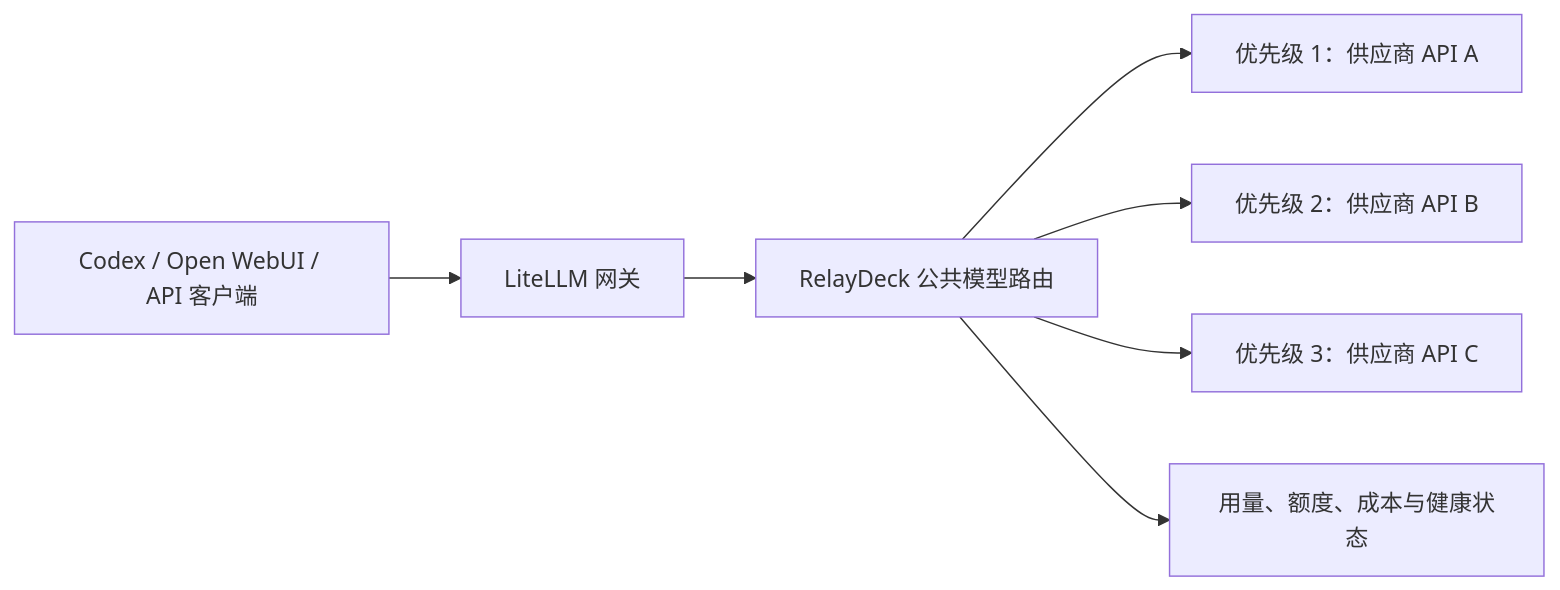
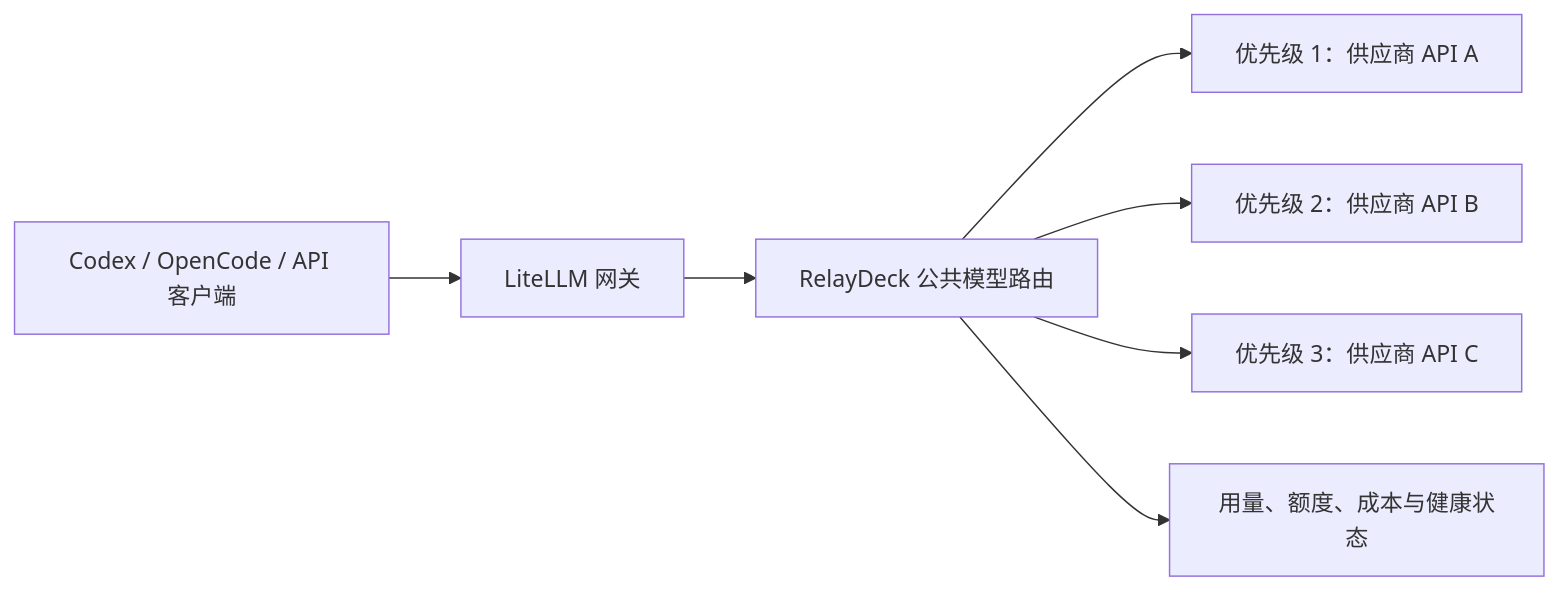
Before and after one commit to netdragon-beep/llm-cost-aware-multi-provider-router: the first of 2 diagrams in README.md, drawn with Mermaid. The commit also changed other lines of this file and 69 other files, not shown here.

````diff
--- a/README.md
+++ b/README.md
@@ -52,9 +52,9 @@
 ```mermaid
 flowchart LR
-    C["Codex / Open WebUI / API 客户端"] --> G["LiteLLM 网关"]
+    C["Codex / OpenCode / API 客户端"] --> G["LiteLLM 网关"]
     G --> R["RelayDeck 公共模型路由"]
     R --> P1["优先级 1：供应商 API A"]
     R --> P2["优先级 2：供应商 API B"]
     R --> P3["优先级 3：供应商 API C"]
     R --> D["用量、额度、成本与健康状态"]
 ```
````
